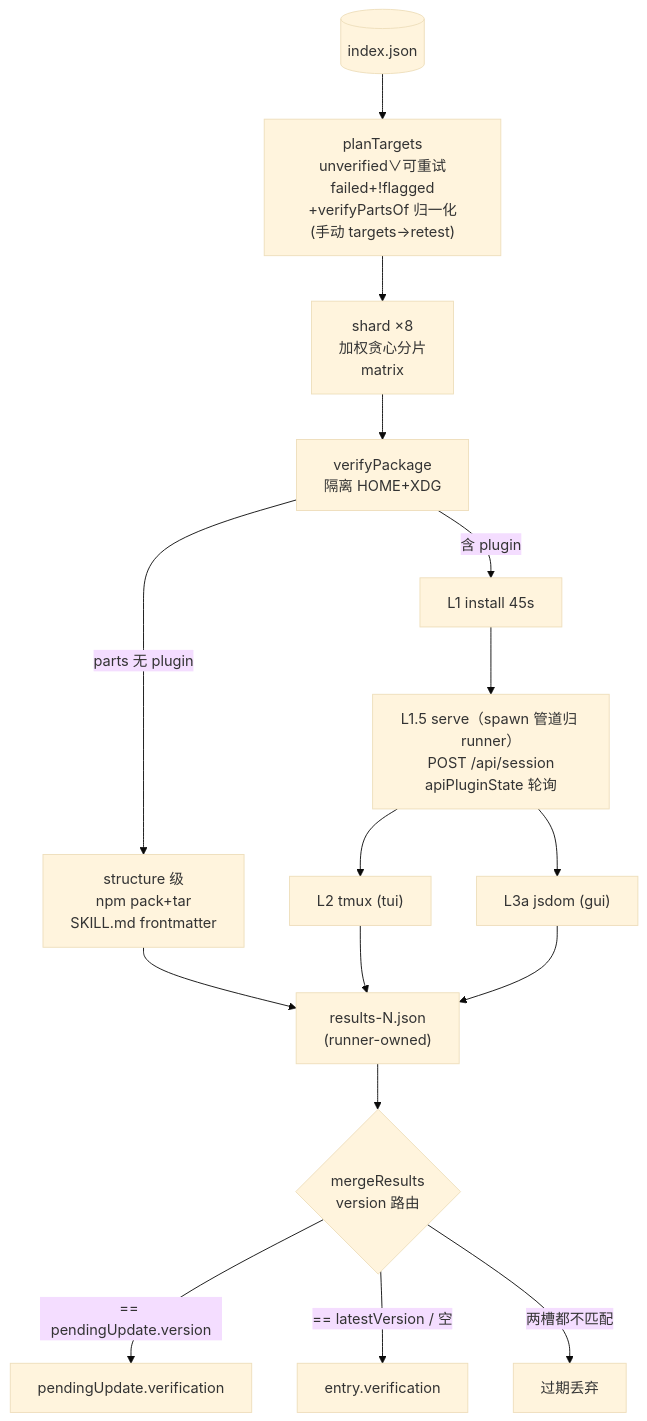
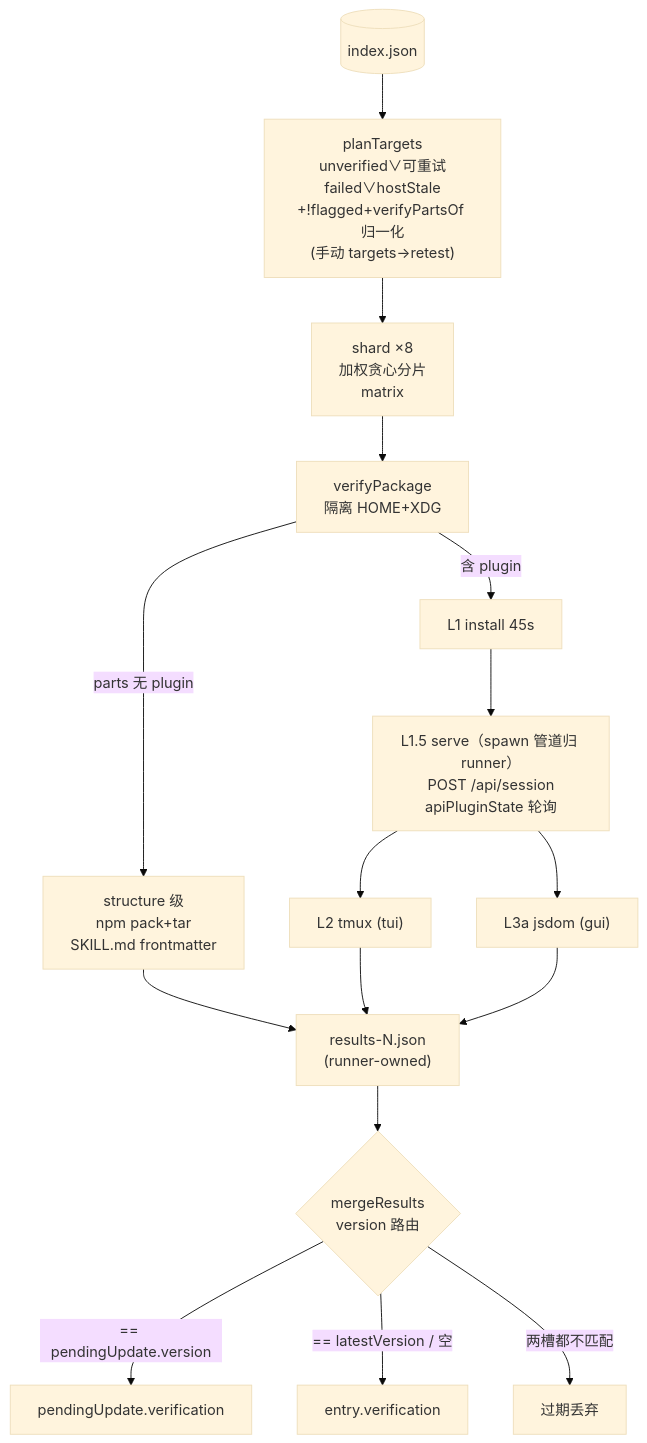
The fourth of 11 diagrams in docs/DATA-FLOWS.md (awesome-market/awesome-opencode-market), drawn with Mermaid (base theme) before and after one commit. The commit also changed other lines of this file and 58 other files, not shown here.

````diff
--- a/docs/DATA-FLOWS.md
+++ b/docs/DATA-FLOWS.md
@@ -330,18 +401,18 @@
 ```mermaid
 flowchart TB
-  IDX[("index.json")] --> P["planTargets<br/>unverified∨可重试failed+!flagged<br/>+verifyPartsOf 归一化<br/>(手动 targets→retest)"]
+  IDX[("index.json")] --> P["planTargets<br/>unverified∨可重试failed∨hostStale<br/>+!flagged+verifyPartsOf 归一化<br/>(手动 targets→retest)"]
   P --> SH["shard ×8<br/>加权贪心分片<br/>matrix"]
   SH --> VP["verifyPackage<br/>隔离 HOME+XDG"]
   VP -->|"parts 无 plugin"| ST["structure 级<br/>npm pack+tar<br/>SKILL.md frontmatter"]
   VP -->|"含 plugin"| L1["L1 install 45s"]
   ST --> RS
   L1 --> L15["L1.5 serve（spawn 管道归 runner）<br/>POST /api/session<br/>apiPluginState 轮询"]
   L15 --> L2["L2 tmux (tui)"]
   L15 --> L3["L3a jsdom (gui)"]
   L2 --> RS["results-N.json<br/>(runner-owned)"]
   L3 --> RS
   RS --> M{"mergeResults<br/>version 路由"}
   M -->|"== pendingUpdate.version"| PUS["pendingUpdate.verification"]
   M -->|"== latestVersion / 空"| DVS["entry.verification"]
   M -->|"两槽都不匹配"| DR["过期丢弃"]
 ```
````
